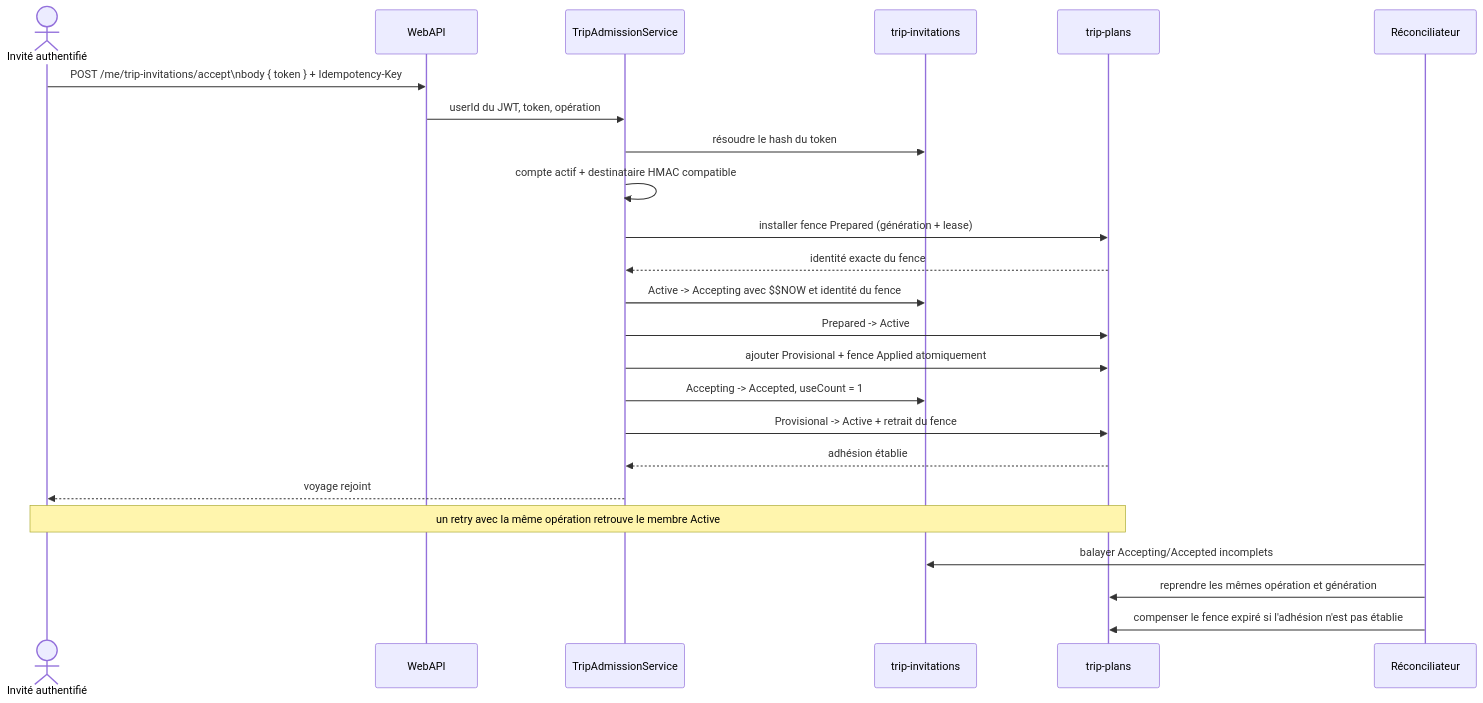
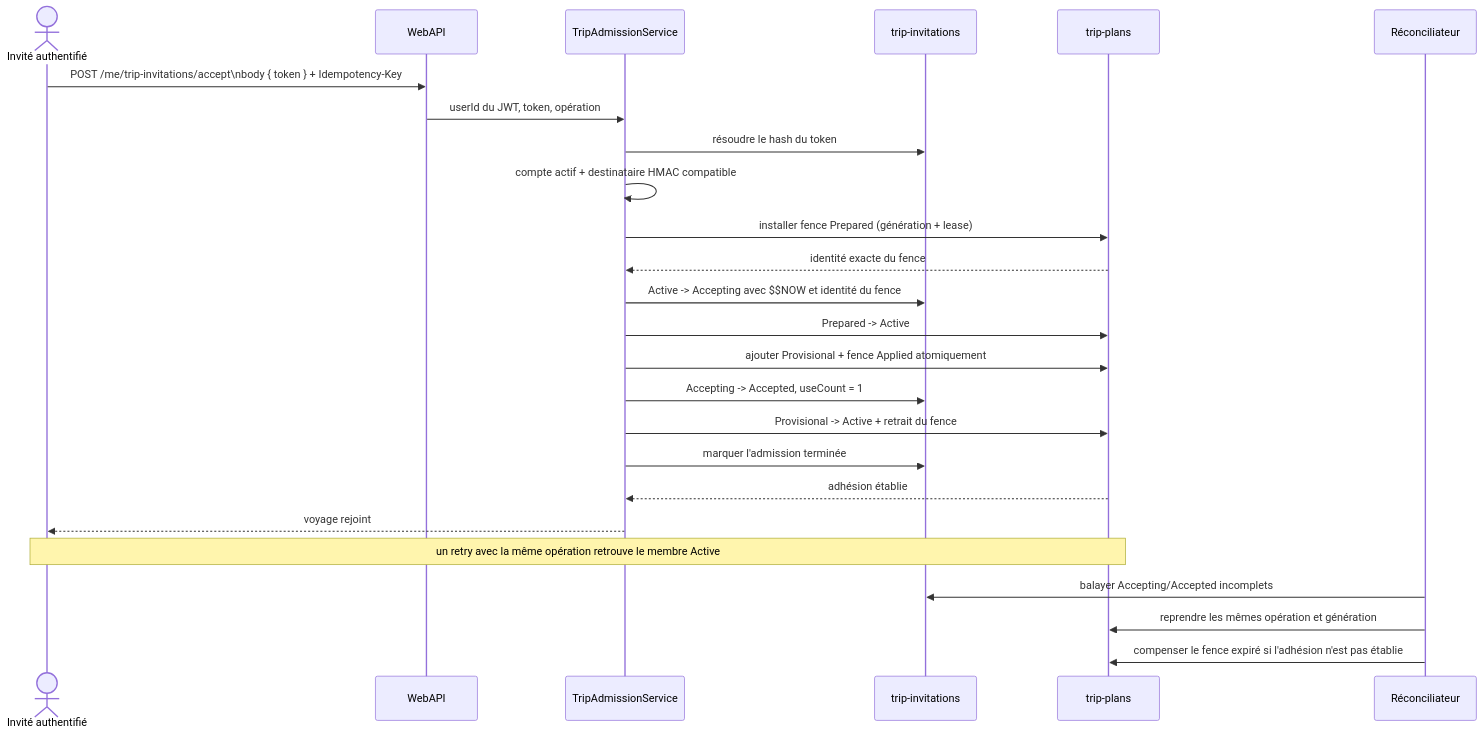
One commit to Ced59/AmusementParkProject changed the second of 3 diagrams in docs/architecture/product-growth-trip-06-participants-roles-2026-09-18.md. Above: the diagram before and after it, drawn with Mermaid. The commit also changed other lines of this file and 14 other files, not shown here.

````diff
--- a/docs/architecture/product-growth-trip-06-participants-roles-2026-09-18.md
+++ b/docs/architecture/product-growth-trip-06-participants-roles-2026-09-18.md
@@ -166,27 +167,28 @@
 ```mermaid
 sequenceDiagram
     actor U as Invité authentifié
     participant W as WebAPI
     participant A as TripAdmissionService
     participant I as trip-invitations
     participant P as trip-plans
     participant R as Réconciliateur
 
     U->>W: POST /me/trip-invitations/accept\nbody { token } + Idempotency-Key
     W->>A: userId du JWT, token, opération
     A->>I: résoudre le hash du token
     A->>A: compte actif + destinataire HMAC compatible
     A->>P: installer fence Prepared (génération + lease)
     P-->>A: identité exacte du fence
     A->>I: Active -> Accepting avec $$NOW et identité du fence
     A->>P: Prepared -> Active
     A->>P: ajouter Provisional + fence Applied atomiquement
     A->>I: Accepting -> Accepted, useCount = 1
     A->>P: Provisional -> Active + retrait du fence
+    A->>I: marquer l'admission terminée
     P-->>A: adhésion établie
     A-->>U: voyage rejoint
     Note over U,P: un retry avec la même opération retrouve le membre Active
     R->>I: balayer Accepting/Accepted incomplets
     R->>P: reprendre les mêmes opération et génération
     R->>P: compenser le fence expiré si l'adhésion n'est pas établie
 ```
````
